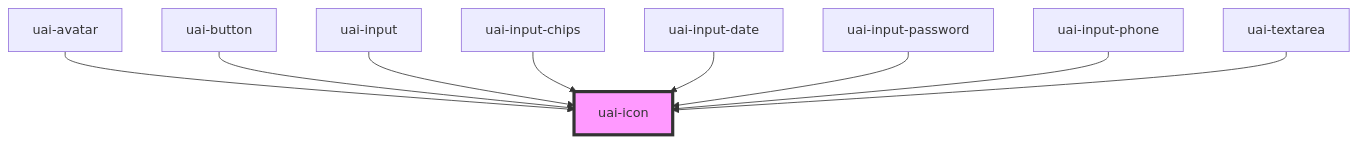
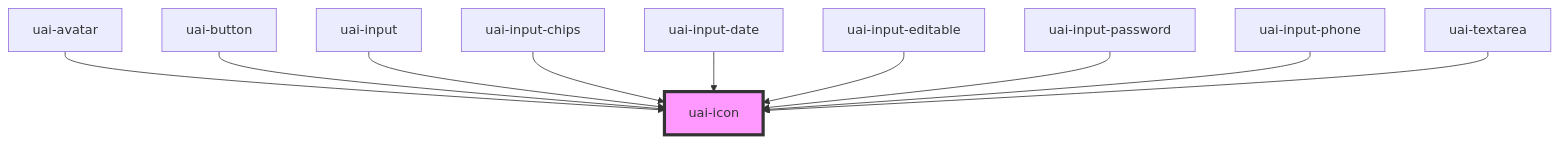
Before and after one commit to takenet/blip-ds: the diagram in src/components/uai-icon/readme.md, drawn with Mermaid. The commit also changed other lines of this file and 16 other files, not shown here.

First line of the commit message:
feat(uai-input-editable): add the UAI editable input

````diff
--- a/src/components/uai-icon/readme.md
+++ b/src/components/uai-icon/readme.md
@@ -53,12 +54,13 @@
 ```mermaid
 graph TD;
   uai-avatar --> uai-icon
   uai-button --> uai-icon
   uai-input --> uai-icon
   uai-input-chips --> uai-icon
   uai-input-date --> uai-icon
+  uai-input-editable --> uai-icon
   uai-input-password --> uai-icon
   uai-input-phone --> uai-icon
   uai-textarea --> uai-icon
   style uai-icon fill:#f9f,stroke:#333,stroke-width:4px
 ```
````
